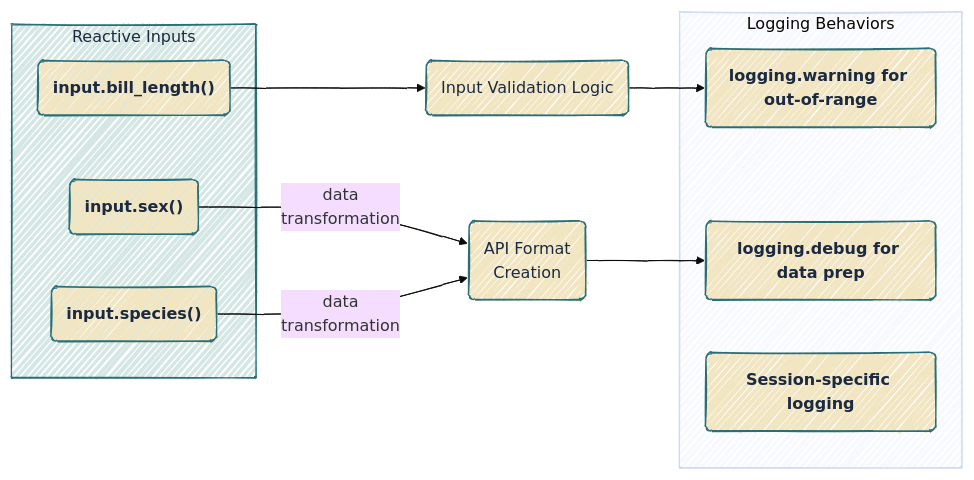
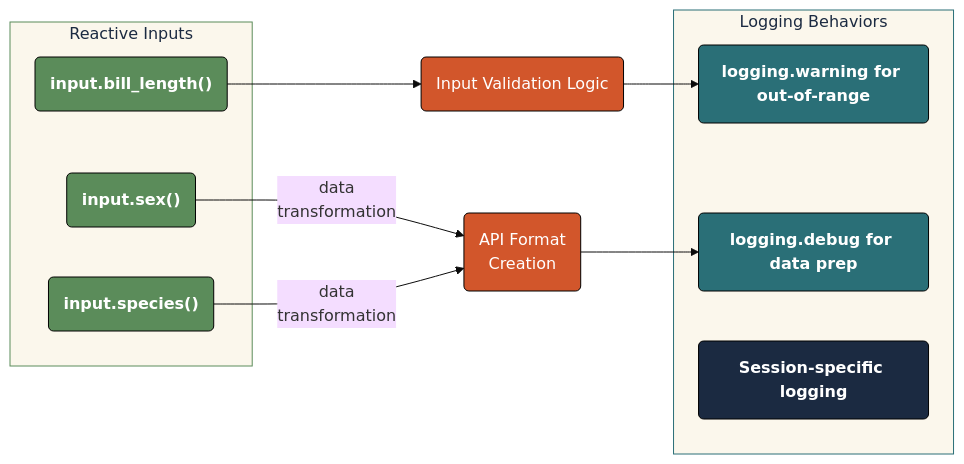
One commit to mjfrigaard/do4ds-labs changed the fifth of 15 diagrams in app-log-py.qmd. Above: the diagram before and after it, drawn with Mermaid. The commit also changed other lines of this file and 48 other files, not shown here.

````diff
--- a/app-log-py.qmd
+++ b/app-log-py.qmd
@@ -499,33 +511,40 @@
 ```{mermaid}
 %%| fig-cap: 'Reactive Inputs'
 %%| fig-width: 7.0
-%%| fig-align: center
-%%{init: {'theme': 'base', 'look': 'handDrawn', 'themeVariables': {'fontFamily': 'monospace'}}}%%
+%%| fig-align: 'center'
+%%{init: {'theme': 'base', 'themeVariables': {'fontFamily': 'monospace'}}}%%
 
 graph LR
     subgraph Inputs["Reactive Inputs"]
         InputBillLength("<strong>input.bill_length()</strong>")
         InputSex("<strong>input.sex()</strong>")
         InputSpecies("<strong>input.species()</strong>")
     end
 
-        
     Validation("Input Validation Logic")
     APIFormat("API Format<br>Creation")
-    
-    subgraph "Logging Behaviors"
+
+    subgraph LogBeh["Logging Behaviors"]
         ValidationLog("<strong>logging.warning for out-of-range</strong>")
         DebugLog("<strong>logging.debug for data prep</strong>")
         SessionLog("<strong>Session-specific logging</strong>")
     end
-    
+
     InputBillLength --> Validation
     InputSex & InputSpecies --"data<br>transformation"--> APIFormat
     Validation --> ValidationLog
     APIFormat --> DebugLog
-    classDef default fill:#F2E6C2,stroke:#2A6F77,color:#1B2A41
-    style Inputs fill:#d4e7e4,stroke:#2A6F77,color:#1B2A41
+    style InputBillLength fill:#5B8C5A,stroke:#000000,stroke-width:1px,color:#ffffff
+    style InputSex fill:#5B8C5A,stroke:#000000,stroke-width:1px,color:#ffffff
+    style InputSpecies fill:#5B8C5A,stroke:#000000,stroke-width:1px,color:#ffffff
+    style Validation fill:#D2562B,stroke:#000000,stroke-width:1px,color:#ffffff
+    style APIFormat fill:#D2562B,stroke:#000000,stroke-width:1px,color:#ffffff
+    style ValidationLog fill:#2A6F77,stroke:#000000,stroke-width:1px,color:#ffffff
+    style DebugLog fill:#2A6F77,stroke:#000000,stroke-width:1px,color:#ffffff
+    style SessionLog fill:#1B2A41,stroke:#000000,stroke-width:1px,color:#ffffff
+    style Inputs fill:#fbf7ec,stroke:#5B8C5A,color:#1B2A41
+    style LogBeh fill:#fbf7ec,stroke:#2A6F77,color:#1B2A41
 
 
 
 ```
````
